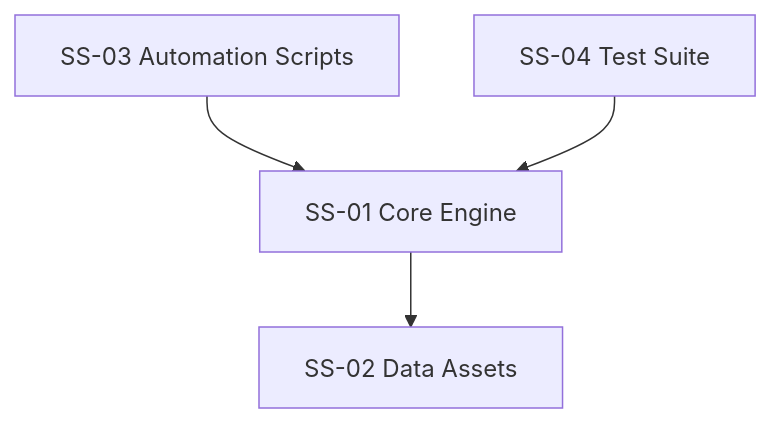
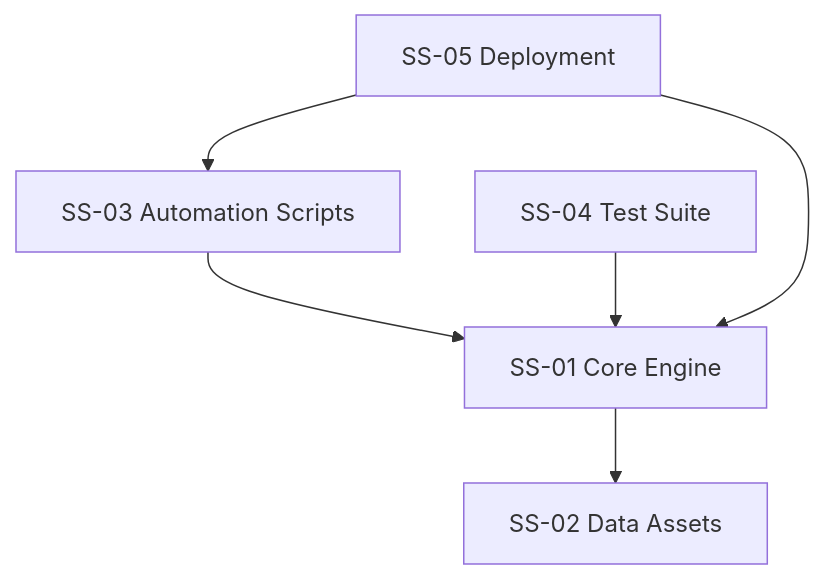
The diagram in .galdr/SUBSYSTEMS.md (furbygaete/nl2sql-agent), drawn with Mermaid before and after one commit. The commit also changed other lines of this file and 28 other files, not shown here.

````diff
--- a/.galdr/SUBSYSTEMS.md
+++ b/.galdr/SUBSYSTEMS.md
@@ -12,11 +13,14 @@
 ```mermaid
 graph TD
   SS01[SS-01 Core Engine]
   SS02[SS-02 Data Assets]
   SS03[SS-03 Automation Scripts]
   SS04[SS-04 Test Suite]
+  SS05[SS-05 Deployment]
 
   SS01 --> SS02
   SS03 --> SS01
   SS04 --> SS01
+  SS05 --> SS01
+  SS05 --> SS03
 ```
````
